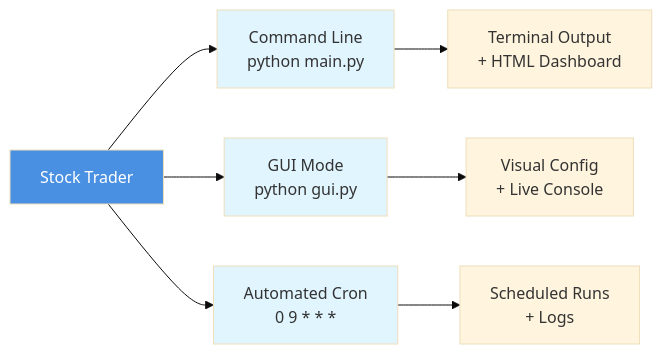
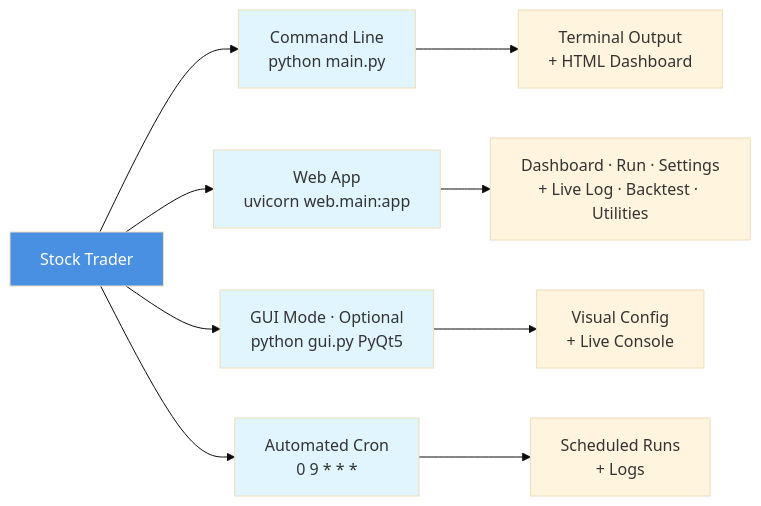
Before and after one commit to EE-EDK/Stock-Trader: the third of 3 diagrams in README.md, drawn with Mermaid (base theme). The commit also changed other lines of this file, not shown here.

Commit message:
Restore README: green Mermaid arrows and readability (lineColor, linkStyle)

````diff
--- a/README.md
+++ b/README.md
@@ -181,15 +183,18 @@
 ```mermaid
 graph LR
     A[Stock Trader] --> B[Command Line<br/>python main.py]
-    A --> C[GUI Mode<br/>python gui.py]
-    A --> D[Automated Cron<br/>0 9 * * *]
+    A --> C[Web App<br/>uvicorn web.main:app]
+    A --> D[GUI Mode · Optional<br/>python gui.py PyQt5]
+    A --> E[Automated Cron<br/>0 9 * * *]
 
-    B --> E[Terminal Output<br/>+ HTML Dashboard]
-    C --> F[Visual Config<br/>+ Live Console]
-    D --> G[Scheduled Runs<br/>+ Logs]
+    B --> F[Terminal Output<br/>+ HTML Dashboard]
+    C --> G[Dashboard · Run · Settings<br/>+ Live Log · Backtest · Utilities]
+    D --> H[Visual Config<br/>+ Live Console]
+    E --> I[Scheduled Runs<br/>+ Logs]
 
     style A fill:#4a90e2,color:#fff
     style B fill:#e1f5ff
     style C fill:#e1f5ff
     style D fill:#e1f5ff
+    style E fill:#e1f5ff
 ```
````
